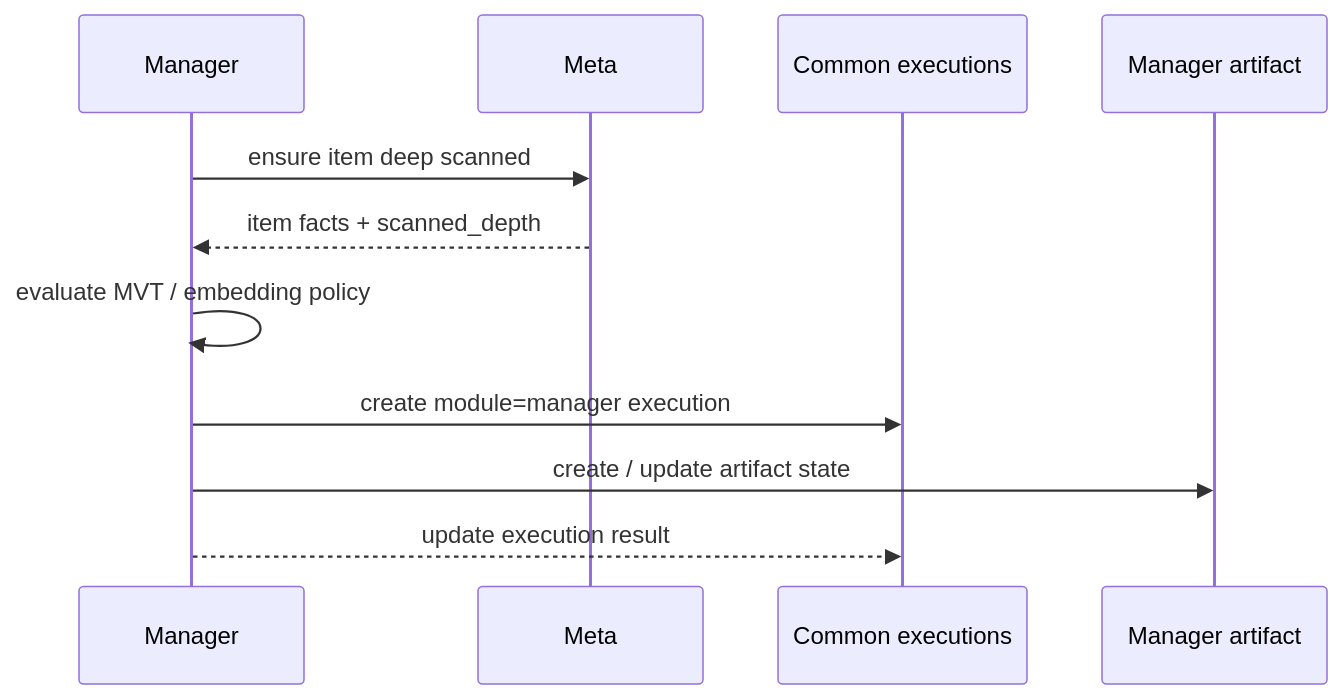
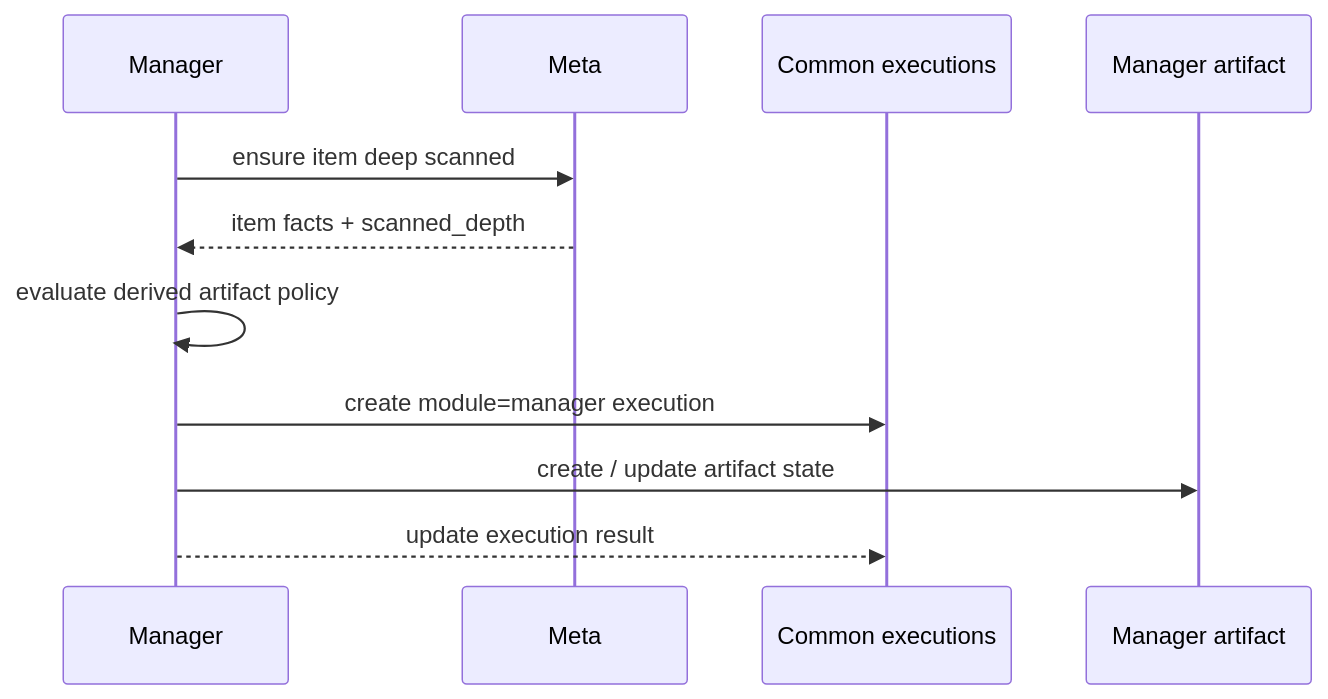
One commit to pampa0629/addp changed the second of 2 diagrams in docs/next/扫描后派生能力与任务边界.md. Above: the diagram before and after it, drawn with Mermaid. The commit also changed other lines of this file and 87 other files, not shown here.

````diff
--- a/docs/next/扫描后派生能力与任务边界.md
+++ b/docs/next/扫描后派生能力与任务边界.md
@@ -202,14 +197,14 @@
 ```mermaid
 sequenceDiagram
     participant Manager as Manager
     participant Meta as Meta
     participant Exec as Common executions
     participant Artifact as Manager artifact
 
     Manager->>Meta: ensure item deep scanned
     Meta-->>Manager: item facts + scanned_depth
-    Manager->>Manager: evaluate MVT / embedding policy
+    Manager->>Manager: evaluate derived artifact policy
     Manager->>Exec: create module=manager execution
     Manager->>Artifact: create / update artifact state
     Manager-->>Exec: update execution result
 ```
````
